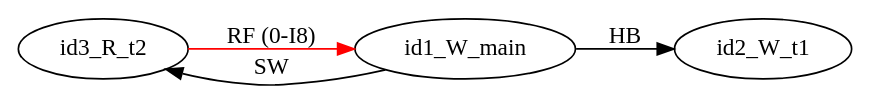
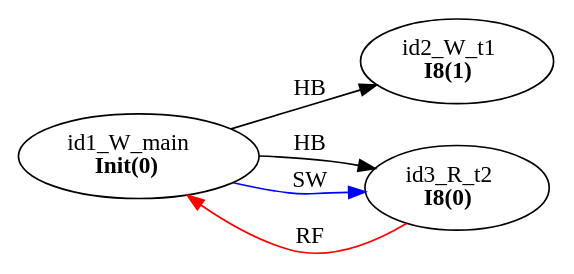
One commit to FMJS/EMME changed the diagram in examples/single_var/sv_simple02/mm1.dot. Above: the diagram before and after it, drawn with Graphviz. The commit also changed 242 other files, not shown here.

```diff
--- a/examples/single_var/sv_simple02/mm1.dot
+++ b/examples/single_var/sv_simple02/mm1.dot
@@ -1,10 +1,11 @@
 digraph memory_model {
 rankdir=LR;
 splines=true; esep=0.5;
-id3_R_t2 -> id1_W_main [label = "RF (0-I8)", color="red"];
 id1_W_main -> id2_W_t1 [label = "HB", color="black"];
-id1_W_main -> id3_R_t2 [label = "SW", color="black"];
-id1_W_main [pos="2.5,2!"]
-id2_W_t1 [pos="0,0!"]
-id3_R_t2 [pos="5,0!"]
+id1_W_main -> id3_R_t2 [label = "HB", color="black"];
+id3_R_t2 -> id1_W_main [label = "RF", color="red"];
+id1_W_main -> id3_R_t2 [label = "SW", color="blue"];
+id1_W_main [label=<id1_W_main<br/><B>Init(0)</B>>, pos="2.5,2!"]
+id2_W_t1 [label=<id2_W_t1<br/><B>I8(1)</B>>, pos="0,0!"]
+id3_R_t2 [label=<id3_R_t2<br/><B>I8(0)</B>>, pos="5,0!"]
 }
```
